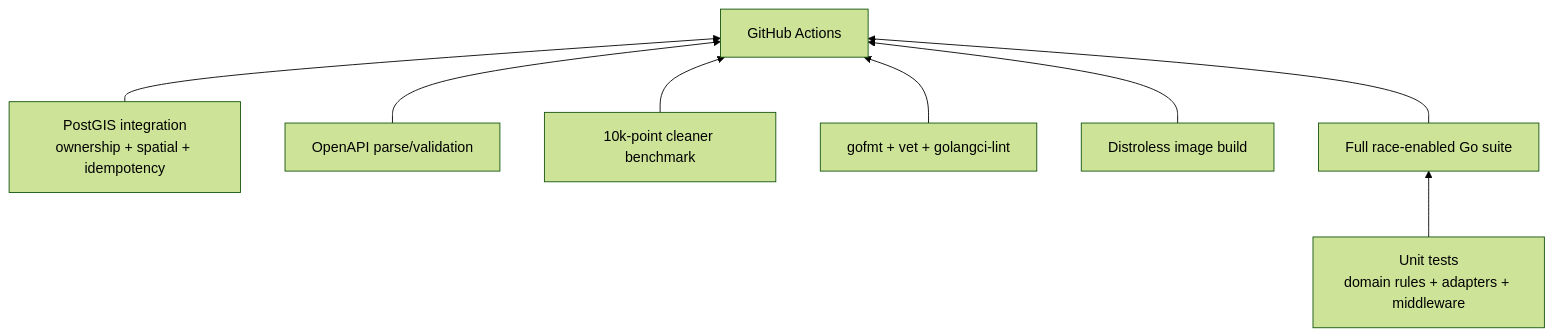
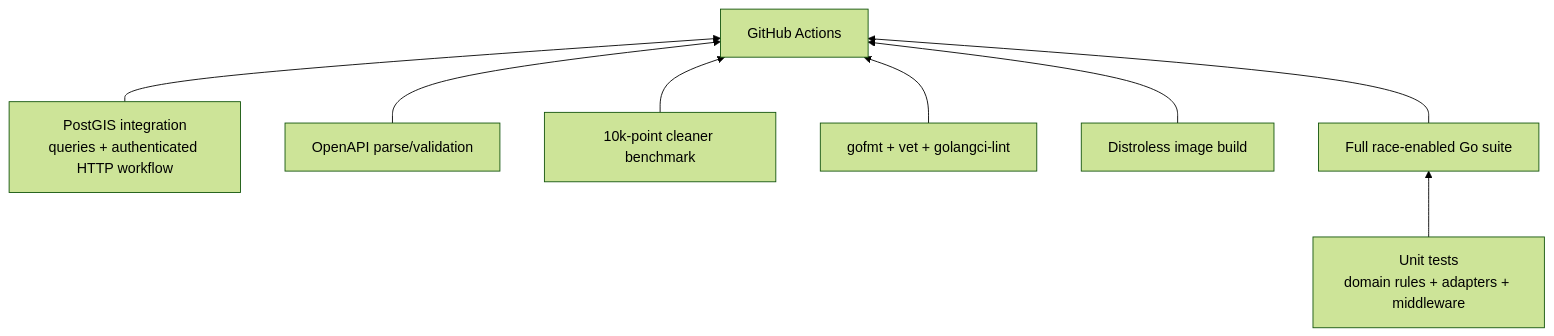
Diagram 18 of 19 in docs/backend-detailed-design.md (sourav-tech-artisan/Pinerary), drawn with Mermaid (forest theme) before and after one commit. The commit also changed other lines of this file and 2 other files, not shown here.

Commit message:
test(api): cover authenticated journey workflow

````diff
--- a/docs/backend-detailed-design.md
+++ b/docs/backend-detailed-design.md
@@ -757,10 +757,10 @@
 ```mermaid
 flowchart BT
     Unit[Unit tests<br/>domain rules + adapters + middleware] --> Race[Full race-enabled Go suite]
-    Integration[PostGIS integration<br/>ownership + spatial + idempotency] --> CI[GitHub Actions]
+    Integration[PostGIS integration<br/>queries + authenticated HTTP workflow] --> CI[GitHub Actions]
     Contract[OpenAPI parse/validation] --> CI
     Benchmark[10k-point cleaner benchmark] --> CI
     Lint[gofmt + vet + golangci-lint] --> CI
     Container[Distroless image build] --> CI
     Race --> CI
 ```
````
